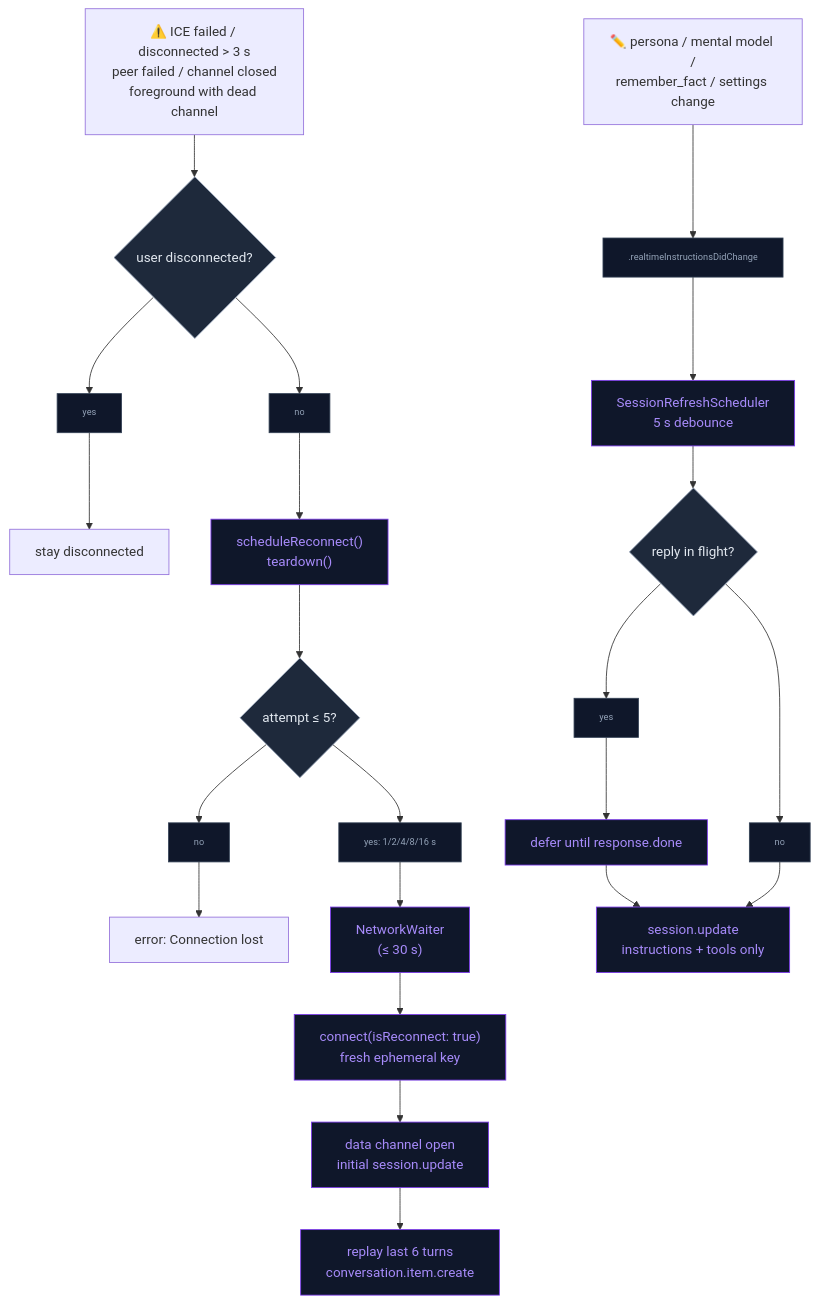
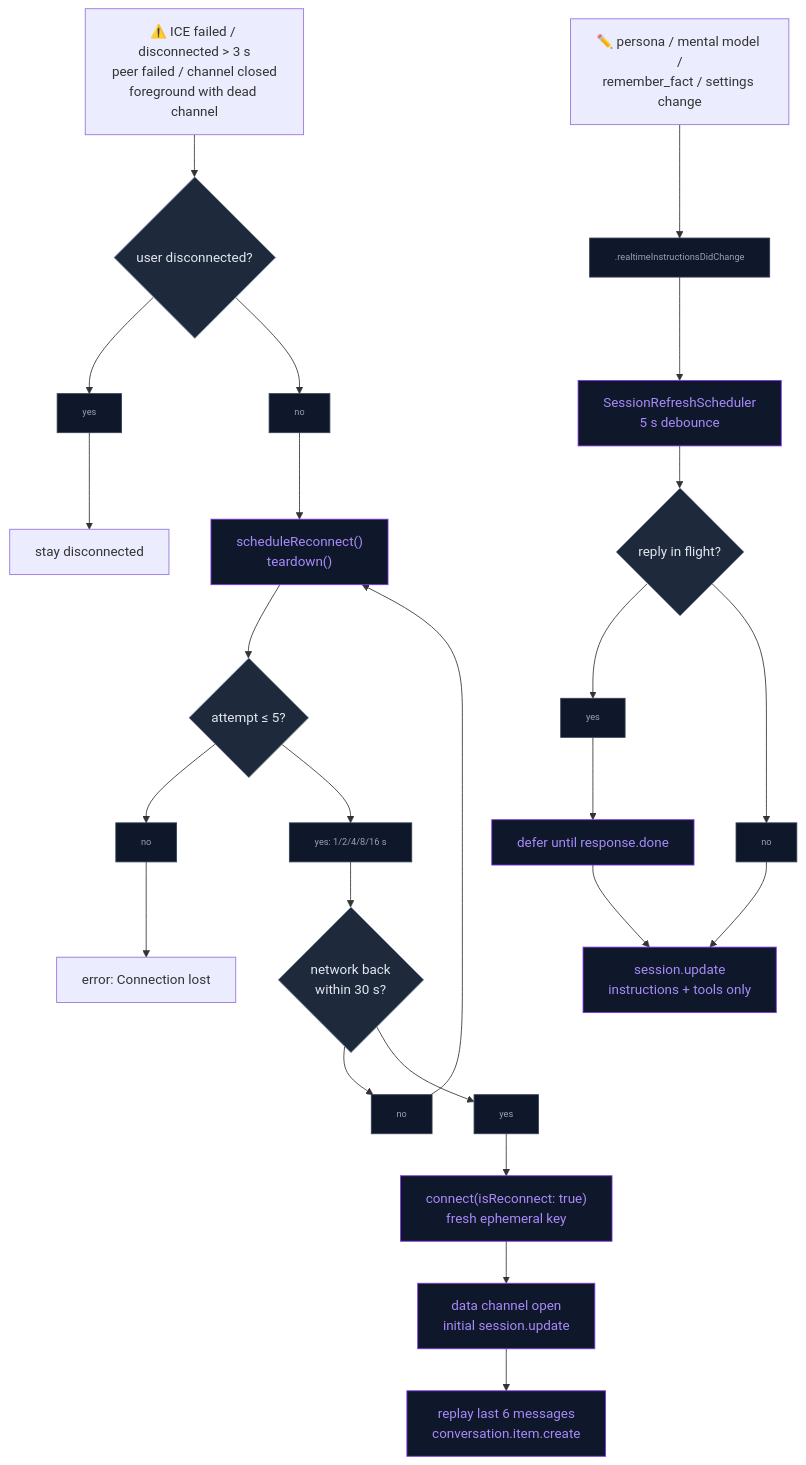
Before and after one commit to kevinliddel/NeuraLink: the second of 2 diagrams in docs/AI/CHAT_LLM.md, drawn with Mermaid. The commit also changed other lines of this file and 21 other files, not shown here.

````diff
--- a/docs/AI/CHAT_LLM.md
+++ b/docs/AI/CHAT_LLM.md
@@ -245,28 +217,29 @@
 ```mermaid
 flowchart TD
     FAIL["⚠️ ICE failed / disconnected > 3 s<br/>peer failed / channel closed<br/>foreground with dead channel"] --> USER{"user disconnected?"}
     USER --> D1["yes"] --> STOP["stay disconnected"]
     USER --> D2["no"] --> SCHED["scheduleReconnect()<br/>teardown()"]
     SCHED --> ATT{"attempt ≤ 5?"}
     ATT --> D3["no"] --> LOST["error: Connection lost"]
-    ATT --> D4["yes: 1/2/4/8/16 s"] --> NET["NetworkWaiter<br/>(≤ 30 s)"]
-    NET --> CONN["connect(isReconnect: true)<br/>fresh ephemeral key"]
+    ATT --> D4["yes: 1/2/4/8/16 s"] --> NET{"network back<br/>within 30 s?"}
+    NET --> D8["no"] --> SCHED
+    NET --> D9["yes"] --> CONN["connect(isReconnect: true)<br/>fresh ephemeral key"]
     CONN --> OPEN["data channel open<br/>initial session.update"]
-    OPEN --> REPLAY["replay last 6 turns<br/>conversation.item.create"]
+    OPEN --> REPLAY["replay last 6 messages<br/>conversation.item.create"]
 
     EDIT["✏️ persona / mental model /<br/>remember_fact / settings change"] --> D5[".realtimeInstructionsDidChange"] --> DEB["SessionRefreshScheduler<br/>5 s debounce"]
     DEB --> BUSY{"reply in flight?"}
     BUSY --> D6["yes"] --> WAIT["defer until response.done"] --> SEND
     BUSY --> D7["no"] --> SEND["session.update<br/>instructions + tools only"]
 
     %% Styles
     classDef core fill:#0f172a,stroke:#7c3aed,color:#a78bfa
     classDef decision fill:#1e293b,stroke:#94a3b8,color:#e2e8f0
 
-    class SCHED,NET,CONN,OPEN,REPLAY,DEB,WAIT,SEND core
-    class USER,ATT,BUSY decision
+    class SCHED,CONN,OPEN,REPLAY,DEB,WAIT,SEND core
+    class USER,ATT,NET,BUSY decision
 
     %% Data nodes (consistent system-wide)
     classDef data fill:#0f172a,stroke:#334155,color:#94a3b8,font-size:11px
-    class D1,D2,D3,D4,D5,D6,D7 data
+    class D1,D2,D3,D4,D5,D6,D7,D8,D9 data
 ```
````
